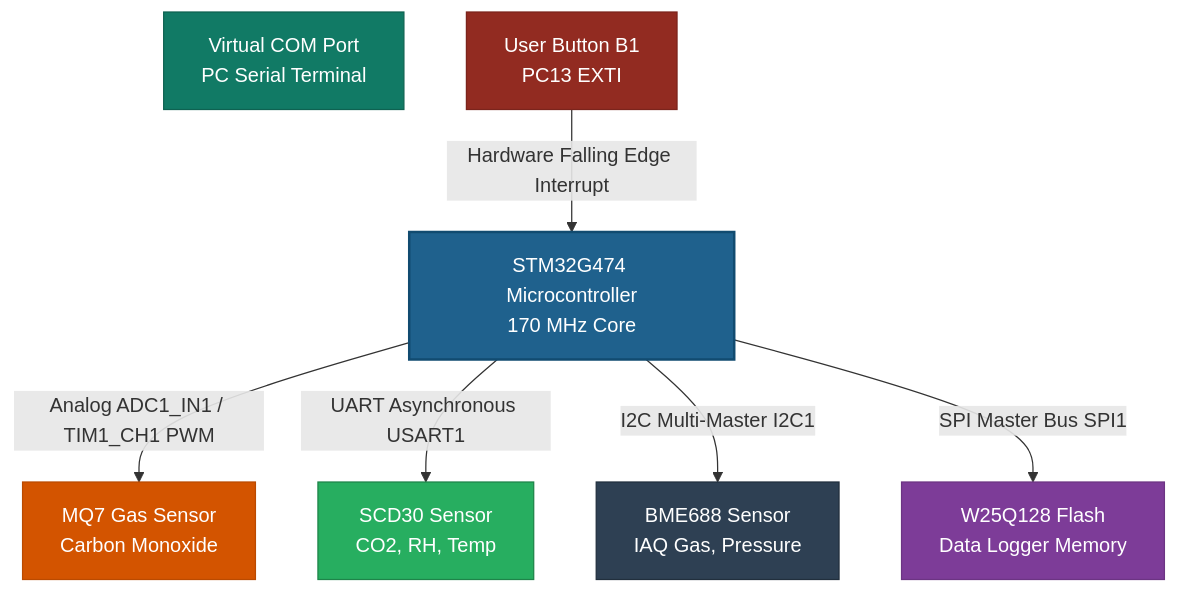
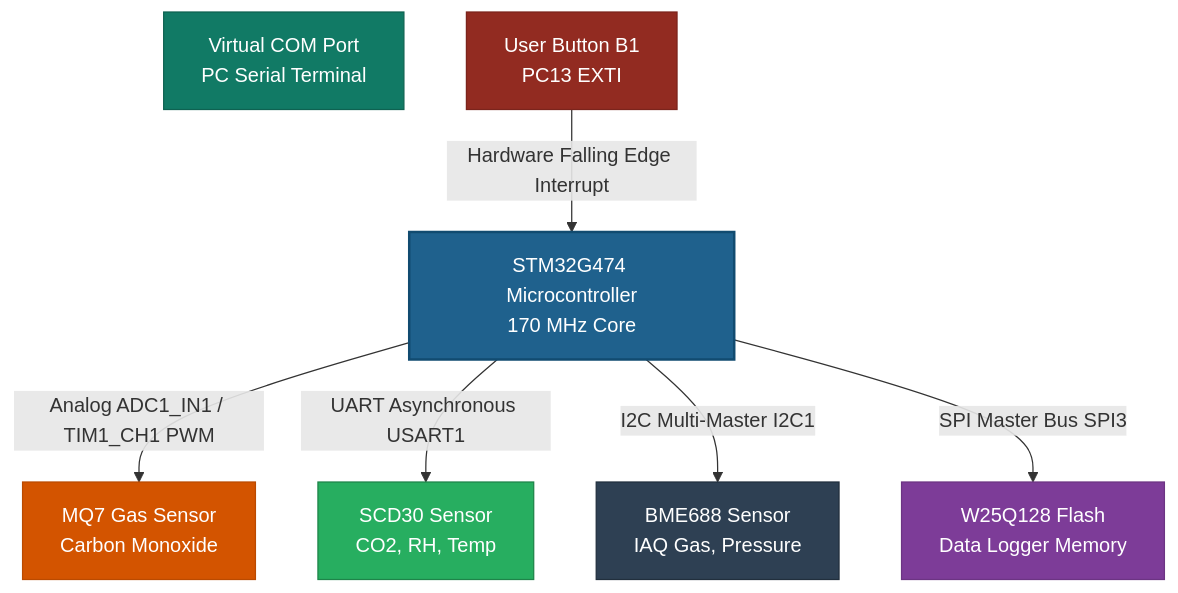
One commit to yuvalkuck/metallic-bear changed the diagram in README.md. Above: the diagram before and after it, drawn with Mermaid. The commit also changed other lines of this file and 1 other file, not shown here.

Commit message:
SPI1 conflict with the LED on the board, move to SPI3

````diff
--- a/README.md
+++ b/README.md
@@ -7,27 +7,27 @@
 ```mermaid
 graph TD
     %% Node Definitions
     MCU[STM32G474 Microcontroller<br>170 MHz Core]
     MQ7[MQ7 Gas Sensor<br>Carbon Monoxide]
     SCD30[SCD30 Sensor<br>CO2, RH, Temp]
     BME688[BME688 Sensor<br>IAQ Gas, Pressure]
     W25Q[W25Q128 Flash<br>Data Logger Memory]
     VCP[Virtual COM Port<br>PC Serial Terminal]
     B1[User Button B1<br>PC13 EXTI]
 
     %% Hardware Connections
     MCU -->|Analog ADC1_IN1 / TIM1_CH1 PWM| MQ7
     MCU -->|UART Asynchronous USART1| SCD30
     MCU -->|I2C Multi-Master I2C1| BME688
-    MCU -->|SPI Master Bus SPI1| W25Q
+    MCU -->|SPI Master Bus SPI3| W25Q
     B1 -->|Hardware Falling Edge Interrupt| MCU
 
     %% Styling Elements
     style MCU fill:#1f618d,stroke:#114b70,stroke-width:2px,color:#fff
     style MQ7 fill:#d35400,stroke:#ba4a00,stroke-width:1px,color:#fff
     style SCD30 fill:#27ae60,stroke:#1e8449,stroke-width:1px,color:#fff
     style BME688 fill:#2e4053,stroke:#212f3d,stroke-width:1px,color:#fff
     style W25Q fill:#7d3c98,stroke:#6c3483,stroke-width:1px,color:#fff
     style VCP fill:#117a65,stroke:#0e6251,stroke-width:1px,color:#fff
     style B1 fill:#922b21,stroke:#7b241c,stroke-width:1px,color:#fff
 ```
````
